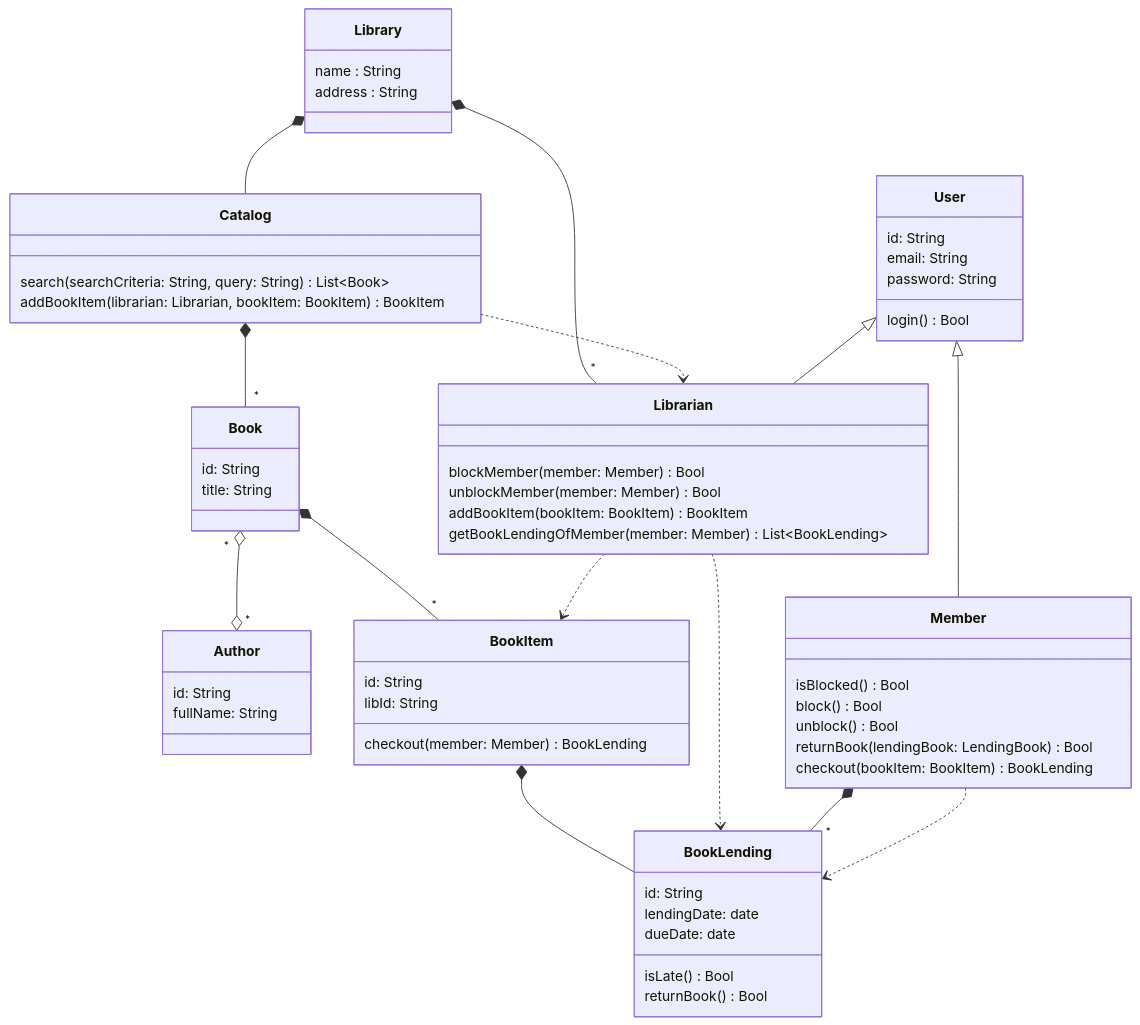
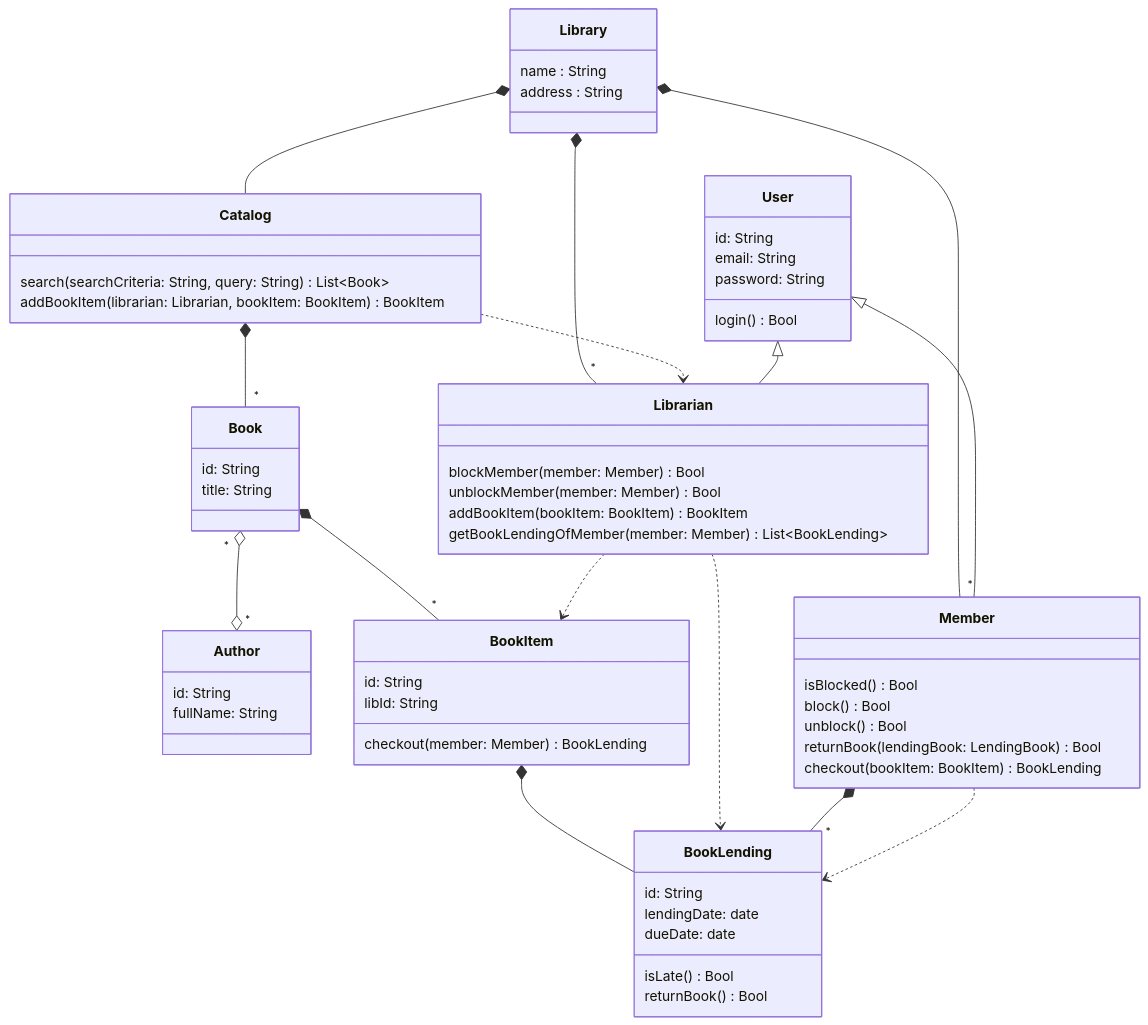
One commit to PatrickGIRY/Data-Oriented-Programming changed the first of 3 diagrams in chapter_1/README.md. Above: the diagram before and after it, drawn with Mermaid. The commit also changed other lines of this file, not shown here.

````diff
--- a/chapter_1/README.md
+++ b/chapter_1/README.md
@@ -28,72 +28,73 @@
 ```mermaid
 classDiagram
 class Library {
     name : String
     address : String
 }
 
 class Catalog {
     search(searchCriteria: String, query: String) List~Book~
     addBookItem(librarian: Librarian, bookItem: BookItem) BookItem
 }
 
 class Book {
     id: String
     title: String
 }
 
 class Author {
     id: String
     fullName: String
 }
 
 class BookItem {
     id: String
     libId: String
     checkout(member: Member) BookLending
 }
 
 class BookLending {
     id: String
     lendingDate: date
     dueDate: date
     isLate() Bool
     returnBook() Bool
 }
 
 class User {
     id: String
     email: String
     password: String
     login() Bool
 }
 
 class Librarian {
     blockMember(member: Member) Bool
     unblockMember(member: Member) Bool
     addBookItem(bookItem: BookItem) BookItem
     getBookLendingOfMember(member: Member) List~BookLending~
 }
 
 class Member {
     isBlocked() Bool
     block() Bool
     unblock() Bool
     returnBook(lendingBook: LendingBook) Bool
     checkout(bookItem: BookItem) BookLending
 }
 
 Library *-- Catalog
+Library *-- "*" Member
 Library *-- "*" Librarian
 Catalog *-- "*" Book
 Catalog ..> Librarian
 Book "*" o--o "*" Author
 Book *-- "*" BookItem
 BookItem *-- BookLending
 User <|-- Librarian
 User <|-- Member
 Librarian ..> BookItem
 Librarian ..> BookLending
 Member *-- "*" BookLending
 Member ..> BookLending
 ```
````
